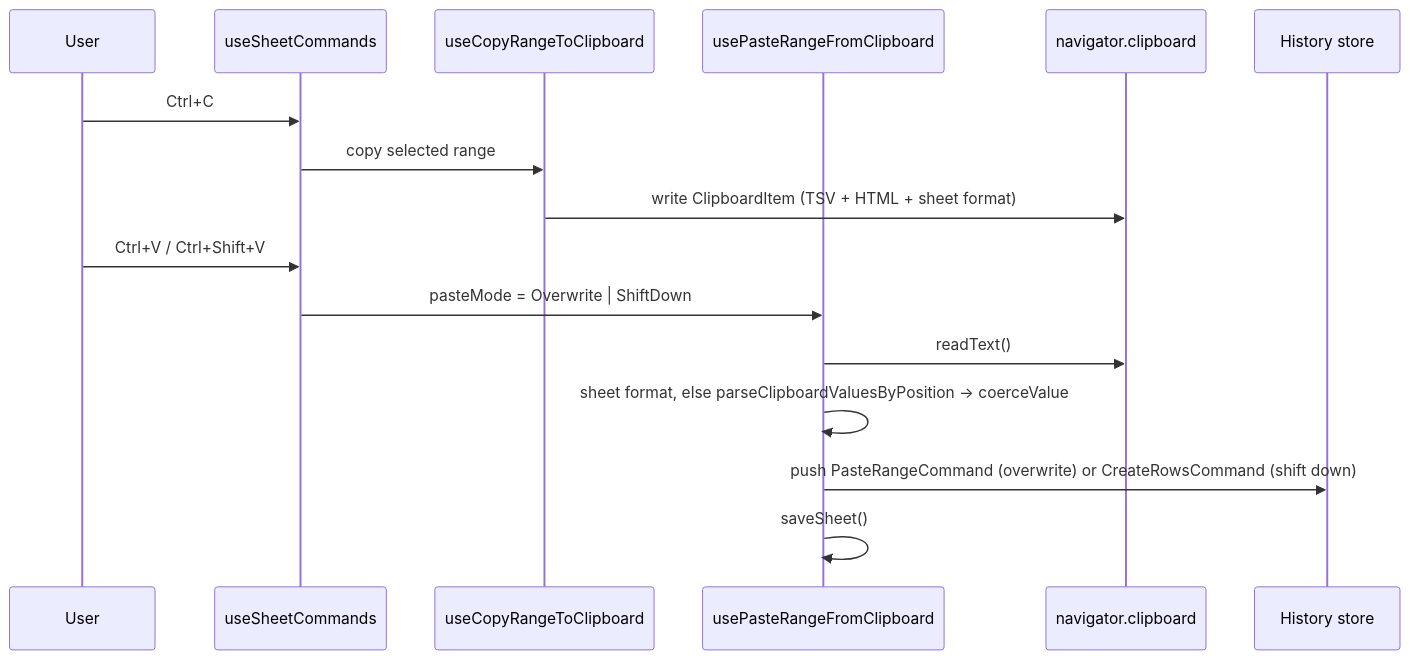
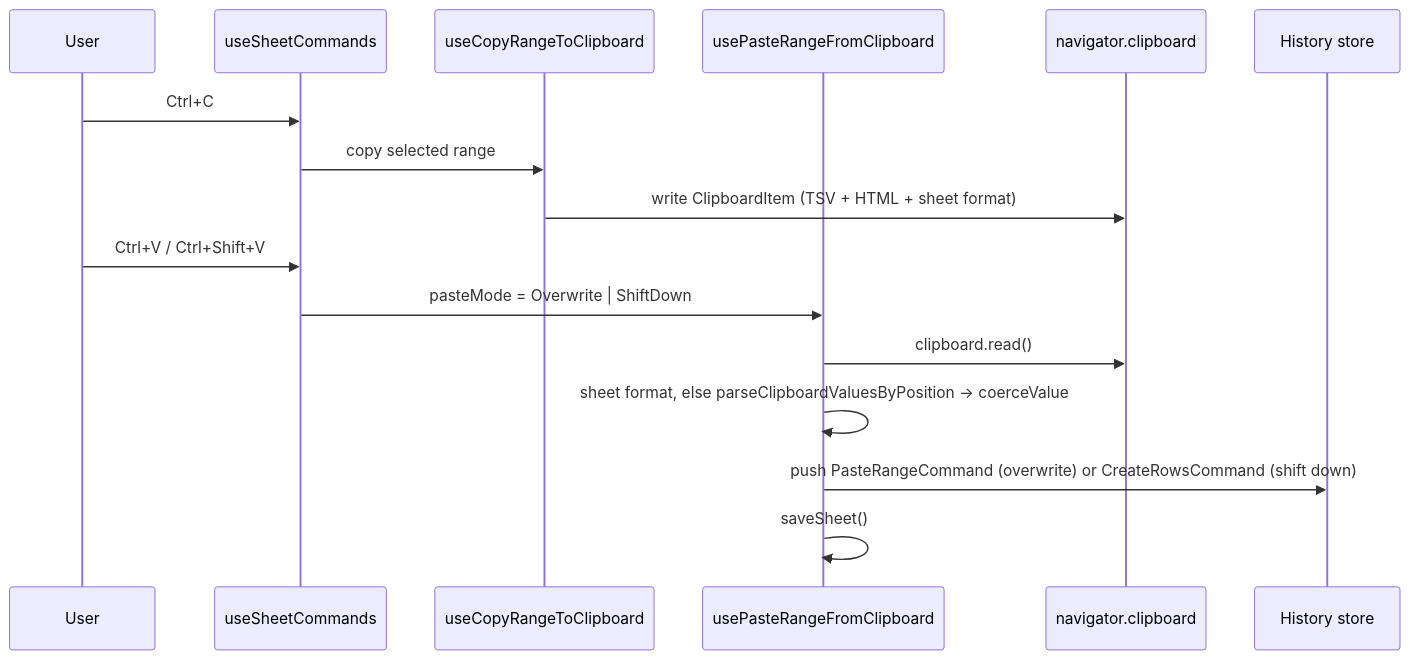
The diagram in openspec/specs/resource/sheet/clipboard/design.md (Esposter/Esposter), drawn with Mermaid before and after one commit.

Commit message:
docs(openspec): the clipboard paste reads the clipboard's items, not its text
The paste sequence drew readText(), but the paste reads clipboard.read() and takes the sheet's own format from the items before it falls back to text, so the diagram's edge now names that call.

Claude-Session: https://claude.ai/code/session_0145sUFj8t668TjUtSXRqZH3

````diff
--- a/openspec/specs/resource/sheet/clipboard/design.md
+++ b/openspec/specs/resource/sheet/clipboard/design.md
@@ -22,19 +22,19 @@
 ```mermaid
 sequenceDiagram
   participant U as User
   participant T as useSheetCommands
   participant CP as useCopyRangeToClipboard
   participant PP as usePasteRangeFromClipboard
   participant CB as navigator.clipboard
   participant H as History store
 
   U->>T: Ctrl+C
   T->>CP: copy selected range
   CP->>CB: write ClipboardItem (TSV + HTML + sheet format)
   U->>T: Ctrl+V / Ctrl+Shift+V
   T->>PP: pasteMode = Overwrite | ShiftDown
-  PP->>CB: readText()
+  PP->>CB: clipboard.read()
   PP->>PP: sheet format, else parseClipboardValuesByPosition → coerceValue
   PP->>H: push PasteRangeCommand (overwrite) or CreateRowsCommand (shift down)
   PP->>PP: saveSheet()
 ```
````
